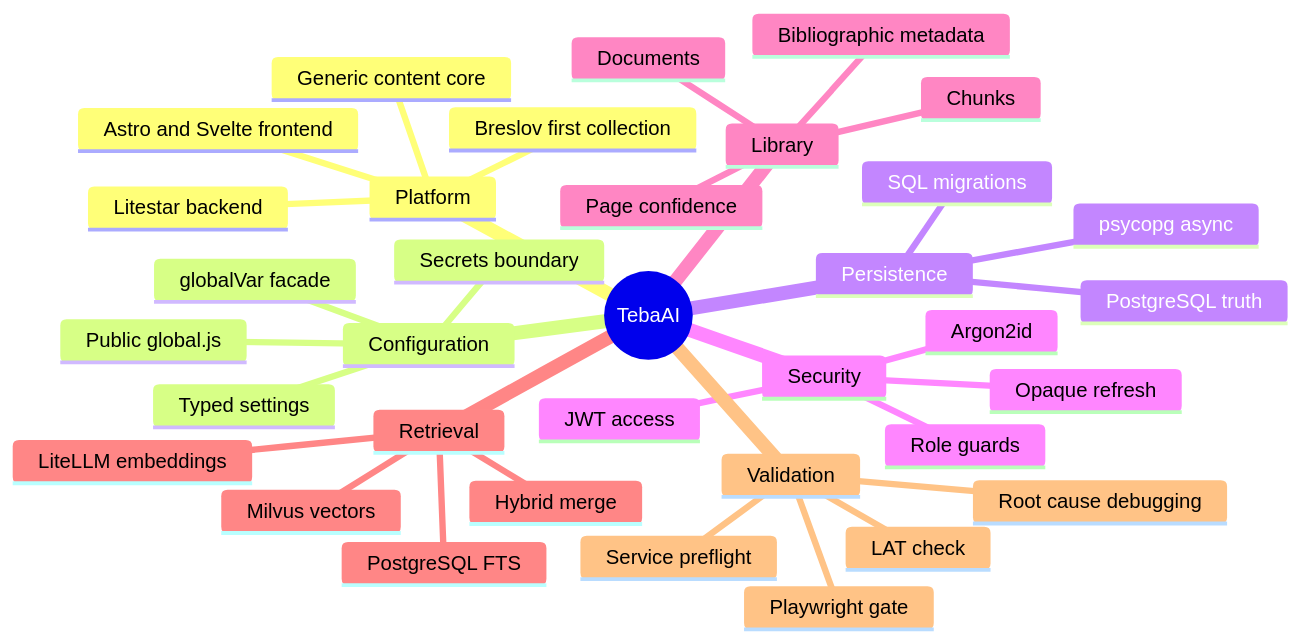
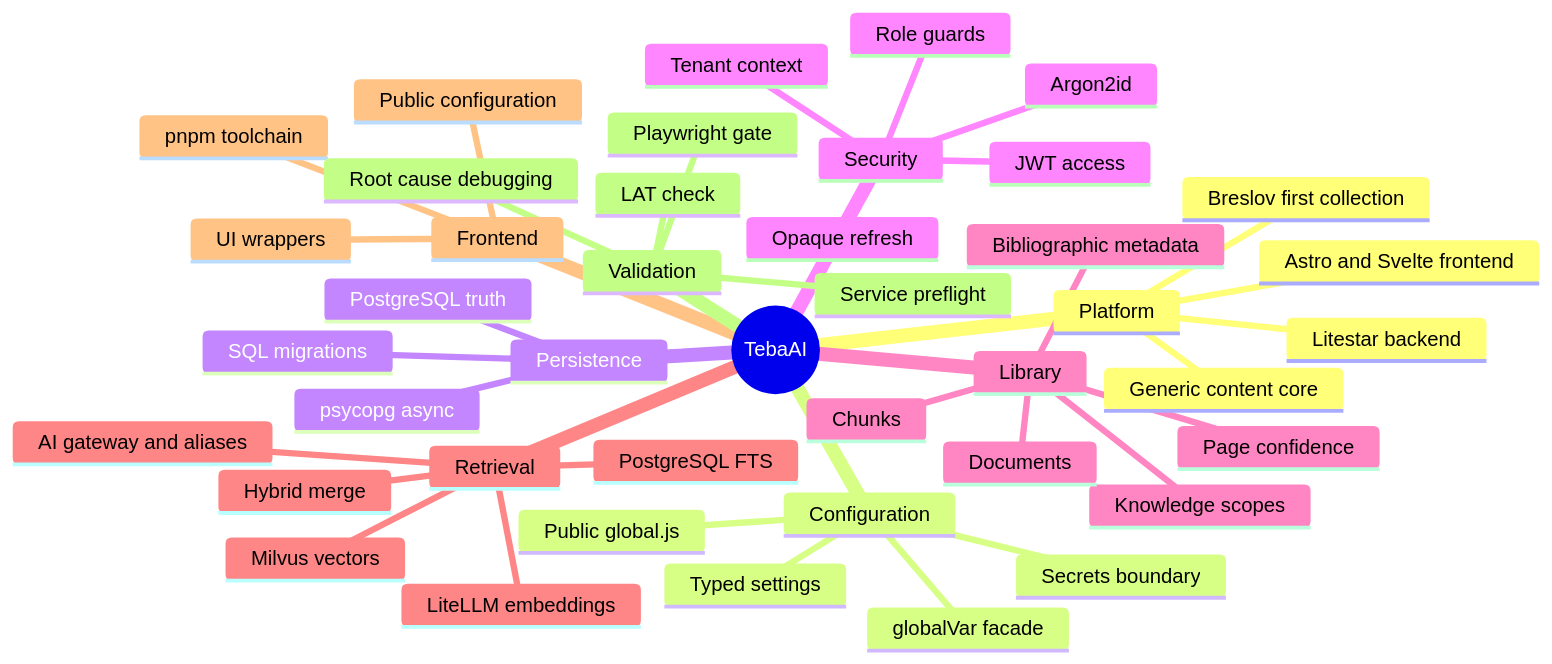
One commit to iMotorSoft/TebaAI changed the diagram in lat.md/tebaai-knowledge-map.md. Above: the diagram before and after it, drawn with Mermaid. The commit also changed other lines of this file and 17 other files, not shown here.

Commit message:
docs: add TebaAI governance and architecture policies

````diff
--- a/lat.md/tebaai-knowledge-map.md
+++ b/lat.md/tebaai-knowledge-map.md
@@ -9,38 +9,45 @@
 ```mermaid
 mindmap
   root((TebaAI))
     Platform
       Litestar backend
       Astro and Svelte frontend
       Generic content core
       Breslov first collection
     Configuration
       Typed settings
       globalVar facade
       Public global.js
       Secrets boundary
     Persistence
       PostgreSQL truth
       psycopg async
       SQL migrations
     Security
       Argon2id
       JWT access
       Opaque refresh
       Role guards
+      Tenant context
     Library
+      Knowledge scopes
       Documents
       Chunks
       Bibliographic metadata
       Page confidence
     Retrieval
       PostgreSQL FTS
       Milvus vectors
       LiteLLM embeddings
+      AI gateway and aliases
       Hybrid merge
+    Frontend
+      Public configuration
+      UI wrappers
+      pnpm toolchain
     Validation
       Service preflight
       Playwright gate
       Root cause debugging
       LAT check
 ```
````
